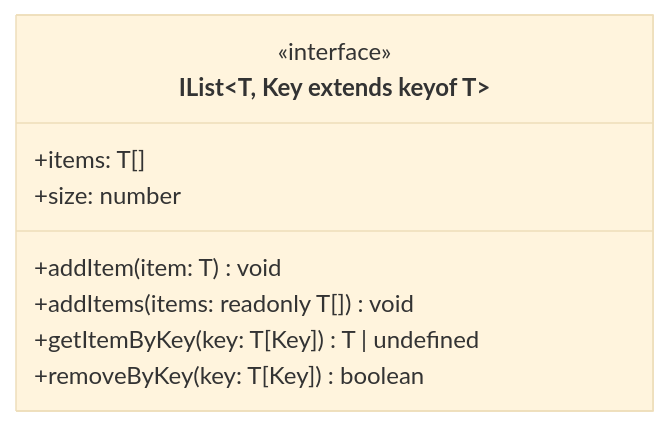
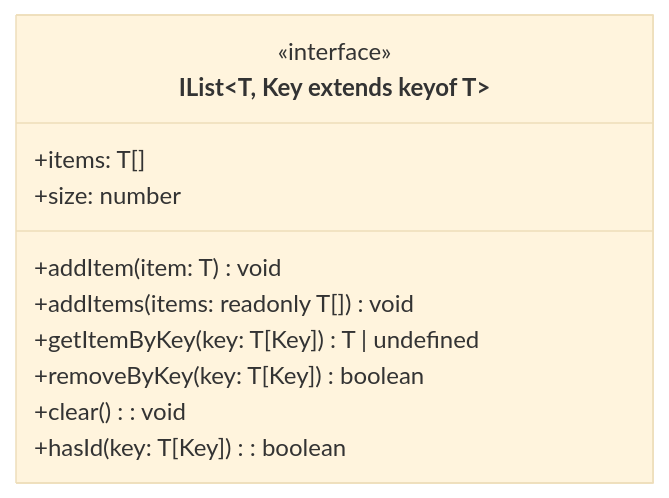
One commit to vvk2020/weblarek changed the third of 7 diagrams in README.md. Above: the diagram before and after it, drawn with Mermaid (base theme). The commit also changed other lines of this file and 2 other files, not shown here.

````diff
--- a/README.md
+++ b/README.md
@@ -235,12 +239,14 @@
 ```mermaid
 classDiagram
     class IList~T, Key extends keyof T~ {
         <<interface>>
         +items: T[]
         +size: number
         +addItem(item: T) void
         +addItems(items: readonly T[]) void
         +getItemByKey(key: T[Key]) T | undefined
         +removeByKey(key: T[Key]) boolean
+        +clear(): void
+        +hasId(key: T[Key]): boolean
     }
 ```
````
